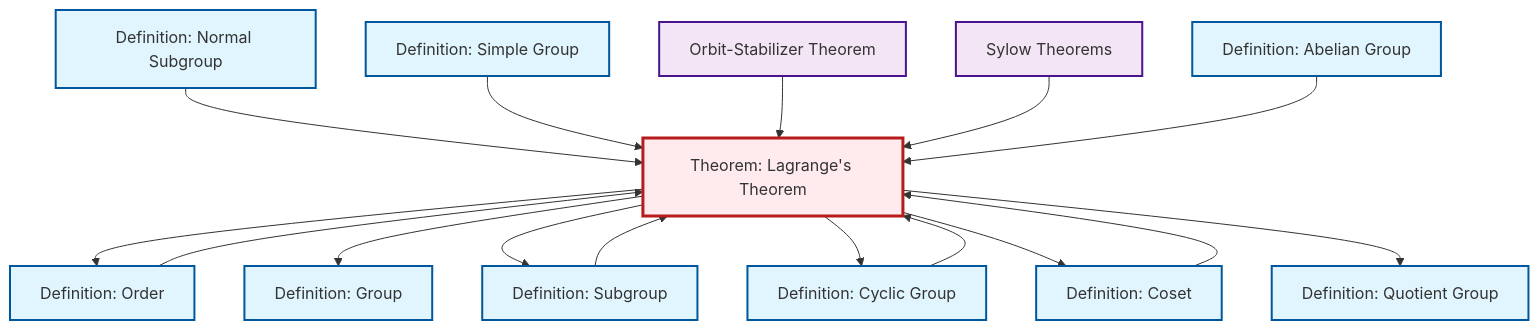
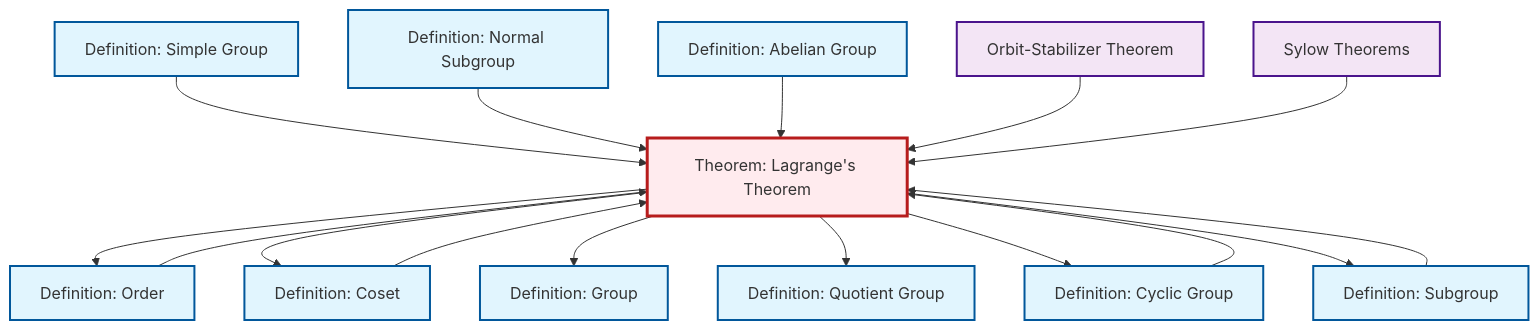
The diagram in content/ja/algebra/thm-lagrange.qmd (RK0429/ModernMath), drawn with Mermaid before and after one commit. The commit also changed other lines of this file and 634 other files, not shown here.

````diff
--- a/content/ja/algebra/thm-lagrange.qmd
+++ b/content/ja/algebra/thm-lagrange.qmd
@@ -55,48 +55,48 @@
 ```{mermaid}
 %%| fig-cap: "Local dependency graph"
 graph TD
     classDef definition fill:#e1f5fe,stroke:#01579b,stroke-width:2px
     classDef theorem fill:#f3e5f5,stroke:#4a148c,stroke-width:2px
     classDef axiom fill:#fff3e0,stroke:#e65100,stroke-width:2px
     classDef example fill:#e8f5e9,stroke:#1b5e20,stroke-width:2px
     classDef current fill:#ffebee,stroke:#b71c1c,stroke-width:3px
-    def-normal-subgroup["Definition: Normal Subgroup"]:::definition
+    def-group["Definition: Group"]:::definition
     def-abelian-group["Definition: Abelian Group"]:::definition
     thm-lagrange["Theorem: Lagrange's Theorem"]:::theorem
-    def-group["Definition: Group"]:::definition
+    def-simple-group["Definition: Simple Group"]:::definition
+    def-quotient-group["Definition: Quotient Group"]:::definition
     def-cyclic-group["Definition: Cyclic Group"]:::definition
-    def-simple-group["Definition: Simple Group"]:::definition
     def-subgroup["Definition: Subgroup"]:::definition
-    def-quotient-group["Definition: Quotient Group"]:::definition
+    thm-orbit-stabilizer["Orbit-Stabilizer Theorem"]:::theorem
+    thm-sylow["Sylow Theorems"]:::theorem
+    def-normal-subgroup["Definition: Normal Subgroup"]:::definition
+    def-order["Definition: Order"]:::definition
     def-coset["Definition: Coset"]:::definition
-    thm-sylow["Sylow Theorems"]:::theorem
-    thm-orbit-stabilizer["Orbit-Stabilizer Theorem"]:::theorem
-    def-order["Definition: Order"]:::definition
+    def-coset --> thm-lagrange
     def-cyclic-group --> thm-lagrange
+    def-simple-group --> thm-lagrange
+    thm-lagrange --> def-order
+    thm-lagrange --> def-coset
+    thm-lagrange --> def-group
+    thm-lagrange --> def-quotient-group
+    def-order --> thm-lagrange
     def-normal-subgroup --> thm-lagrange
-    def-simple-group --> thm-lagrange
+    thm-lagrange --> def-cyclic-group
     def-subgroup --> thm-lagrange
+    def-abelian-group --> thm-lagrange
     thm-orbit-stabilizer --> thm-lagrange
-    thm-lagrange --> def-order
-    thm-lagrange --> def-group
     thm-lagrange --> def-subgroup
-    thm-lagrange --> def-cyclic-group
     thm-sylow --> thm-lagrange
-    thm-lagrange --> def-coset
-    def-abelian-group --> thm-lagrange
-    def-order --> thm-lagrange
-    thm-lagrange --> def-quotient-group
-    def-coset --> thm-lagrange
     class thm-lagrange current
+    click def-group "def-group.html" "Definition: Groupへ"
+    click def-abelian-group "def-abelian-group.html" "Definition: Abelian Groupへ"
+    click def-simple-group "def-simple-group.html" "Definition: Simple Groupへ"
+    click def-quotient-group "def-quotient-group.html" "Definition: Quotient Groupへ"
+    click def-cyclic-group "def-cyclic-group.html" "Definition: Cyclic Groupへ"
+    click def-subgroup "def-subgroup.html" "Definition: Subgroupへ"
+    click thm-orbit-stabilizer "thm-orbit-stabilizer.html" "Orbit-Stabilizer Theoremへ"
+    click thm-sylow "thm-sylow.html" "Sylow Theoremsへ"
     click def-normal-subgroup "def-normal-subgroup.html" "Definition: Normal Subgroupへ"
-    click def-abelian-group "def-abelian-group.html" "Definition: Abelian Groupへ"
-    click def-group "def-group.html" "Definition: Groupへ"
-    click def-cyclic-group "def-cyclic-group.html" "Definition: Cyclic Groupへ"
-    click def-simple-group "def-simple-group.html" "Definition: Simple Groupへ"
-    click def-subgroup "def-subgroup.html" "Definition: Subgroupへ"
-    click def-quotient-group "def-quotient-group.html" "Definition: Quotient Groupへ"
+    click def-order "def-order.html" "Definition: Orderへ"
     click def-coset "def-coset.html" "Definition: Cosetへ"
-    click thm-sylow "thm-sylow.html" "Sylow Theoremsへ"
-    click thm-orbit-stabilizer "thm-orbit-stabilizer.html" "Orbit-Stabilizer Theoremへ"
-    click def-order "def-order.html" "Definition: Orderへ"
 ```
````
